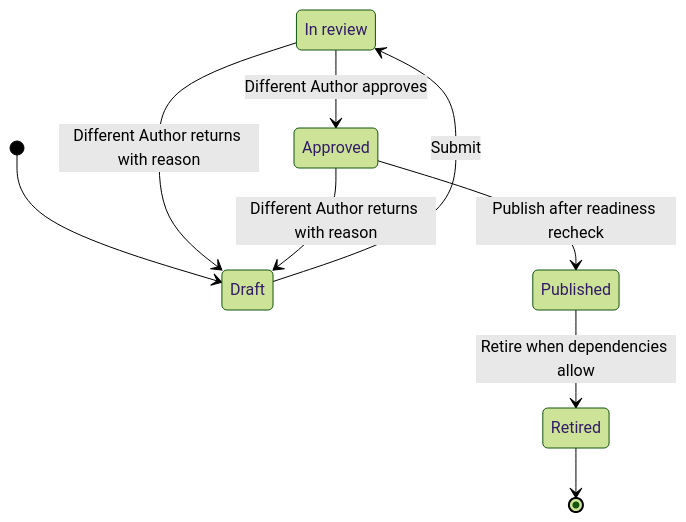
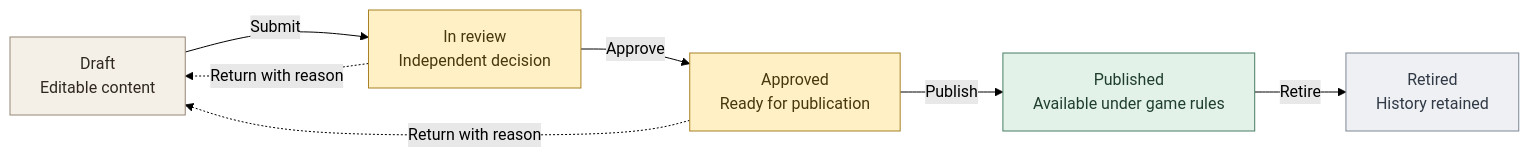
Before and after one commit to Gradient-Ascenders/Wits-World: the diagram in docs/architecture/diagrams/content-review.md, drawn with Mermaid (forest theme). The commit also changed other lines of this file and 18 other files, not shown here.

````diff
--- a/docs/architecture/diagrams/content-review.md
+++ b/docs/architecture/diagrams/content-review.md
@@ -13,14 +16,19 @@
 ```mermaid
-stateDiagram-v2
-    accTitle: Reviewed content lifecycle
-    accDescr: Draft content is submitted for review, approved by a different Author, then published. Review or approval can return to draft with a reason. Published content can only be retired.
-    state "In review" as InReview
-    [*] --> Draft
-    Draft --> InReview: Submit
-    InReview --> Approved: Different Author approves
-    InReview --> Draft: Different Author returns with reason
-    Approved --> Draft: Different Author returns with reason
-    Approved --> Published: Publish after readiness recheck
-    Published --> Retired: Retire when dependencies allow
-    Retired --> [*]
+flowchart LR
+    accTitle: Content review and publication
+    accDescr: Draft content is submitted for independent review, approved, published, and eventually retired. A different Author can return reviewed or approved content to draft with a reason. Retirement preserves history.
+    Draft["Draft<br/>Editable content"] -->|Submit| Review["In review<br/>Independent decision"]
+    Review -->|Approve| Approved["Approved<br/>Ready for publication"]
+    Approved -->|Publish| Published["Published<br/>Available under game rules"]
+    Published -->|Retire| Retired["Retired<br/>History retained"]
+    Review -.->|Return with reason| Draft
+    Approved -.->|Return with reason| Draft
+    classDef preparation fill:#f4f0e8,stroke:#968674,color:#302820
+    classDef review fill:#fff1c5,stroke:#a88124,color:#49370d
+    classDef release fill:#e2f2e9,stroke:#487d63,color:#203e2d
+    classDef history fill:#eef0f3,stroke:#7d8794,color:#303945
+    class Draft preparation
+    class Review,Approved review
+    class Published release
+    class Retired history
 ```
````
